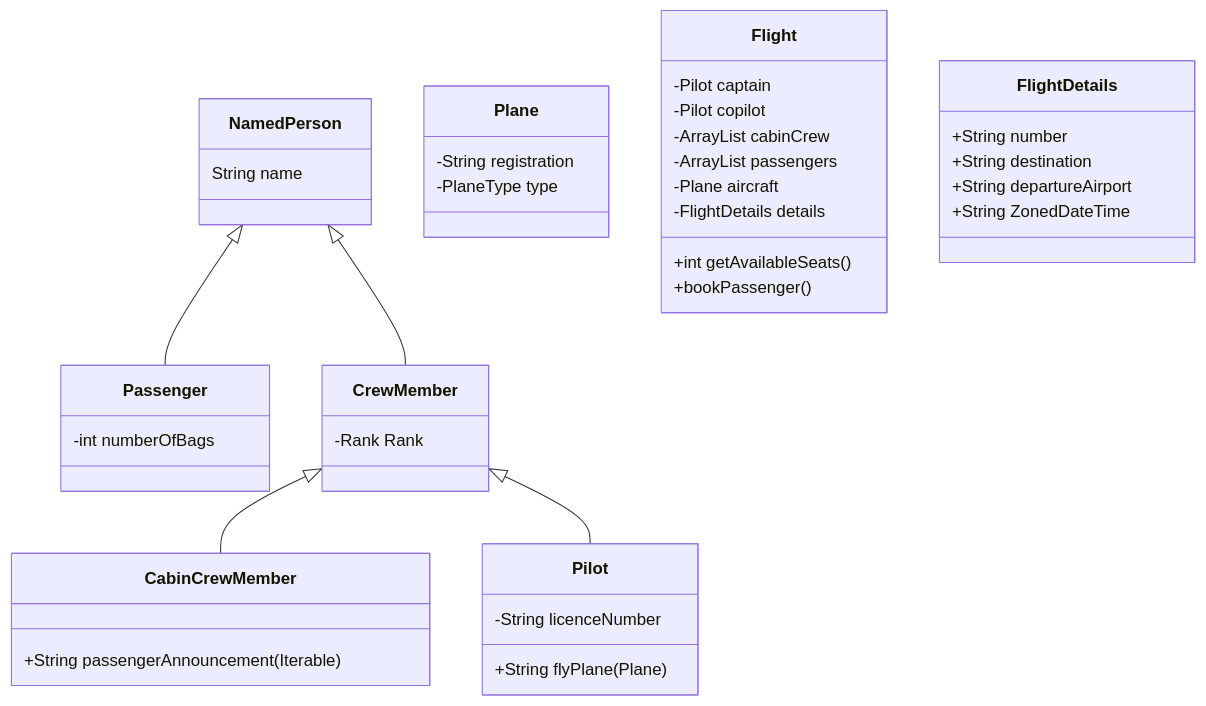
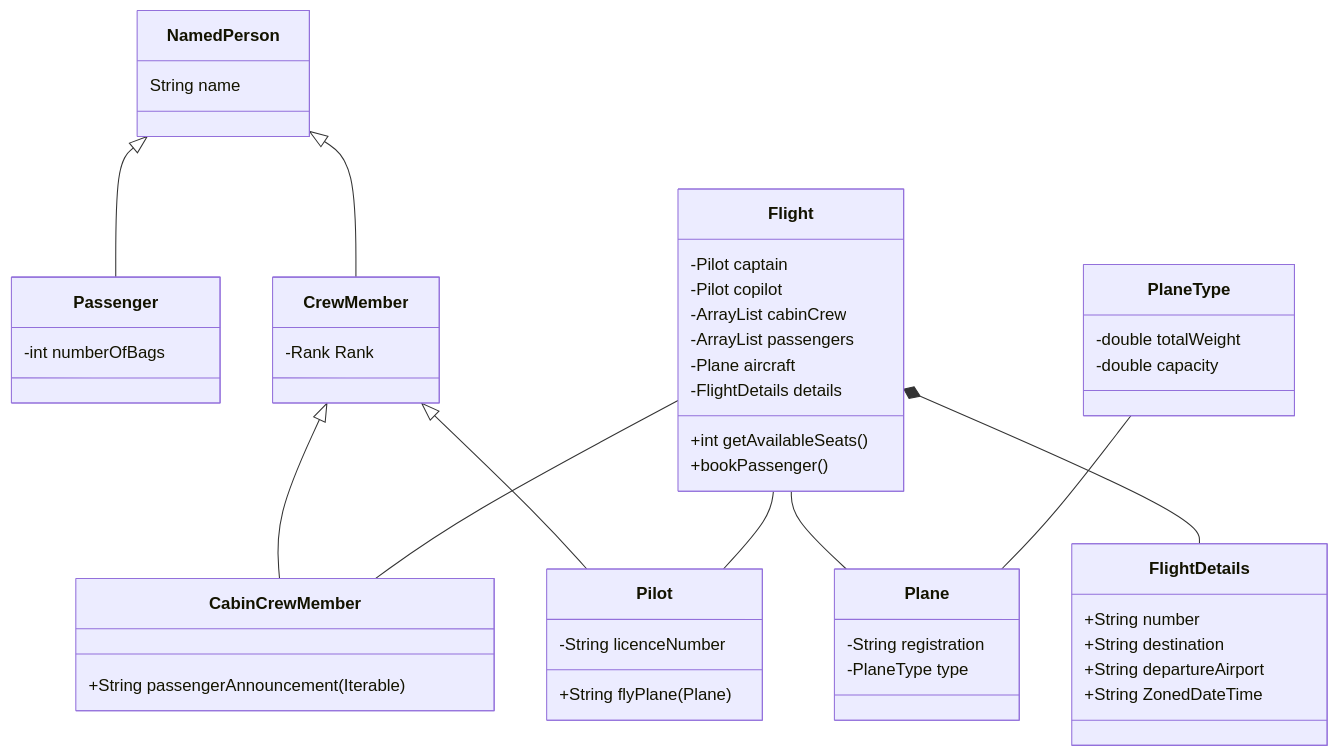
One commit to bsmith/w12d5_JavaAir changed the diagram in design/design.md. Above: the diagram before and after it, drawn with Mermaid.

Commit message:
Update design with final MVP features

````diff
--- a/design/design.md
+++ b/design/design.md
@@ -1,50 +1,62 @@
 ```mermaid
 classDiagram
     NamedPerson <|-- Passenger
     NamedPerson <|-- CrewMember
     CrewMember <|-- CabinCrewMember
     CrewMember <|-- Pilot
+    
+    Flight -- Pilot
+    Flight -- CabinCrewMember
+    Flight -- Plane
+    Flight *-- FlightDetails
+    
+    PlaneType -- Plane
     
     NamedPerson : String name
 
     class Passenger {
       -int numberOfBags
     }
     
     class CrewMember {
       -Rank Rank
     }
     
     class CabinCrewMember {
       +String passengerAnnouncement(Iterable<Passenger>)
     }
     
     class Pilot {
       -String licenceNumber
       +String flyPlane(Plane)
+    }
+    
+    class PlaneType {
+      -double totalWeight
+      -double capacity
     }
     
     class Plane {
       -String registration
       -PlaneType type
     }
     
     class Flight {
       -Pilot captain
       -Pilot copilot
       -ArrayList<CabinCrewMember> cabinCrew
       -ArrayList<Passenger> passengers
       -Plane aircraft
       -FlightDetails details
       +int getAvailableSeats()
       +bookPassenger()
     }
     
     class FlightDetails {
       +String number
       +String destination
       +String departureAirport
       +String ZonedDateTime
     }
     
 ```
````
